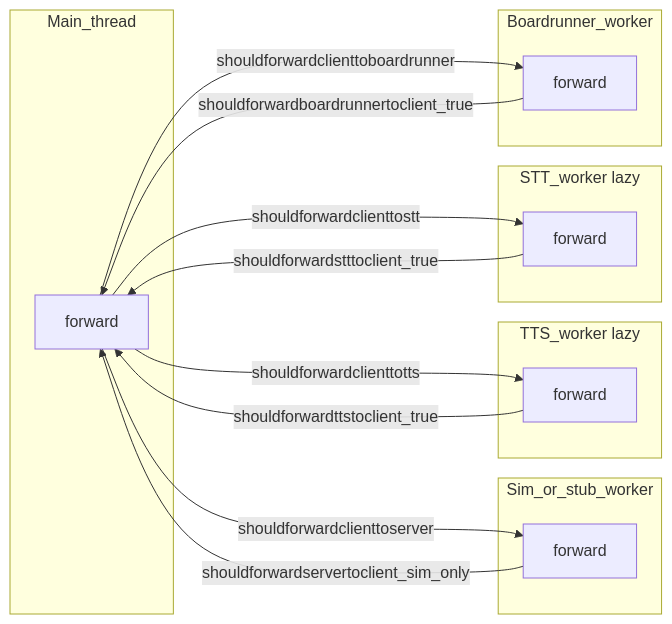
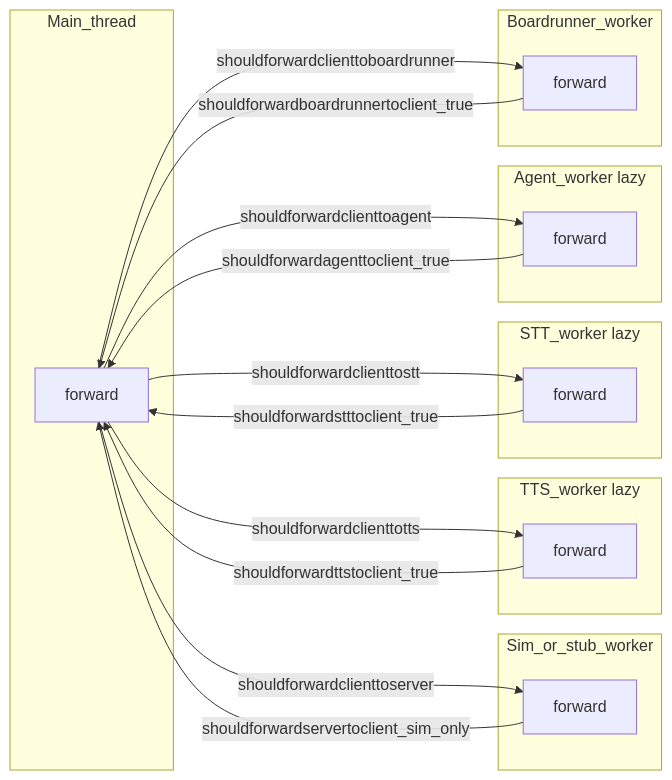
Before and after one commit to goldbuick/zed-software-system: the sixth of 7 diagrams in zss/device/docs/devices-and-messaging.md, drawn with Mermaid. The commit also changed other lines of this file and 53 other files, not shown here.

````diff
--- a/zss/device/docs/devices-and-messaging.md
+++ b/zss/device/docs/devices-and-messaging.md
@@ -389,26 +393,31 @@
 ```mermaid
 flowchart LR
   subgraph Main_thread [Main_thread]
     Fm[forward]
   end
   subgraph Sim_or_stub [Sim_or_stub_worker]
     Fs[forward]
   end
   subgraph TTS_worker [TTS_worker lazy]
     Ft[forward]
   end
   subgraph STT_worker [STT_worker lazy]
     Fs2[forward]
   end
+  subgraph Agent_worker [Agent_worker lazy]
+    Fa[forward]
+  end
   subgraph Boardrunner_worker [Boardrunner_worker]
     Fb[forward]
   end
   Fs -->|"shouldforwardservertoclient_sim_only"| Fm
   Fm -->|"shouldforwardclienttoserver"| Fs
   Fm -->|"shouldforwardclienttotts"| Ft
   Ft -->|"shouldforwardttstoclient_true"| Fm
   Fm -->|"shouldforwardclienttostt"| Fs2
   Fs2 -->|"shouldforwardstttoclient_true"| Fm
+  Fm -->|"shouldforwardclienttoagent"| Fa
+  Fa -->|"shouldforwardagenttoclient_true"| Fm
   Fm -->|"shouldforwardclienttoboardrunner"| Fb
   Fb -->|"shouldforwardboardrunnertoclient_true"| Fm
 ```
````
